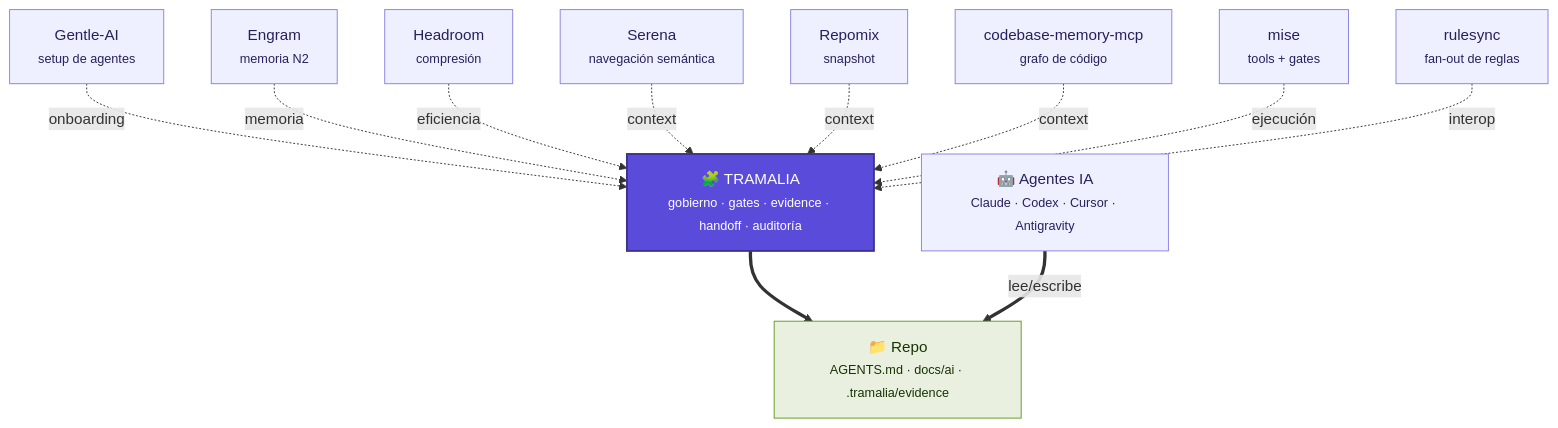
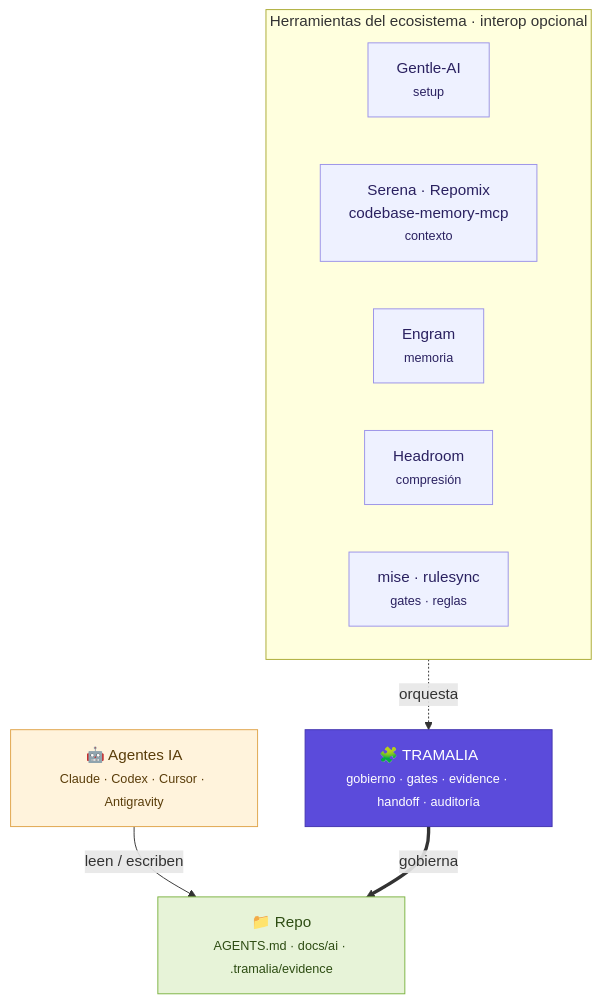
One commit to MscottB/tramalia changed the diagram in docs/index.md. Above: the diagram before and after it, drawn with Mermaid. The commit also changed other lines of this file and 6 other files, not shown here.

First line of the commit message:
docs(mkdocs): diagramas más claros y legibles

````diff
--- a/docs/index.md
+++ b/docs/index.md
@@ -50,30 +50,25 @@
 ```mermaid
-flowchart TD
-    classDef core fill:#5b4bdb,stroke:#3c3489,color:#fff,stroke-width:2px;
-    classDef sat fill:#eef0ff,stroke:#8a83e0,color:#26215c;
-    classDef repo fill:#eaf0e0,stroke:#639922,color:#173404;
+flowchart TB
+    classDef core fill:#5b4bdb,stroke:#4335b0,color:#ffffff;
+    classDef sat  fill:#eef1ff,stroke:#9a92e8,color:#2a2160;
+    classDef repo fill:#e7f3d8,stroke:#7cb342,color:#2e4d13;
+    classDef agent fill:#fff3dc,stroke:#e0a44a,color:#5a3d0a;
+
+    AG["🤖 Agentes IA<br/><small>Claude · Codex · Cursor · Antigravity</small>"]:::agent
+
+    subgraph TOOLS["Herramientas del ecosistema · interop opcional"]
+      direction LR
+      GA["Gentle-AI<br/><small>setup</small>"]:::sat
+      CX["Serena · Repomix<br/>codebase-memory-mcp<br/><small>contexto</small>"]:::sat
+      EN["Engram<br/><small>memoria</small>"]:::sat
+      HR["Headroom<br/><small>compresión</small>"]:::sat
+      MR["mise · rulesync<br/><small>gates · reglas</small>"]:::sat
+    end
 
     T["🧩 TRAMALIA<br/><small>gobierno · gates · evidence · handoff · auditoría</small>"]:::core
+    R["📁 Repo<br/><small>AGENTS.md · docs/ai · .tramalia/evidence</small>"]:::repo
 
-    GA["Gentle-AI<br/><small>setup de agentes</small>"]:::sat
-    EN["Engram<br/><small>memoria N2</small>"]:::sat
-    HR["Headroom<br/><small>compresión</small>"]:::sat
-    SR["Serena<br/><small>navegación semántica</small>"]:::sat
-    RP["Repomix<br/><small>snapshot</small>"]:::sat
-    CM["codebase-memory-mcp<br/><small>grafo de código</small>"]:::sat
-    MI["mise<br/><small>tools + gates</small>"]:::sat
-    RU["rulesync<br/><small>fan-out de reglas</small>"]:::sat
-
-    GA -.onboarding.-> T
-    EN -.memoria.-> T
-    HR -.eficiencia.-> T
-    SR -.contexto.-> T
-    RP -.contexto.-> T
-    CM -.contexto.-> T
-    MI -.ejecución.-> T
-    RU -.interop.-> T
-
-    T ==> R["📁 Repo<br/><small>AGENTS.md · docs/ai · .tramalia/evidence</small>"]:::repo
-    AG["🤖 Agentes IA<br/><small>Claude · Codex · Cursor · Antigravity</small>"]:::sat
-    AG ==lee/escribe==> R
+    AG -->|leen / escriben| R
+    TOOLS -. orquesta .-> T
+    T ==>|gobierna| R
 ```
````
